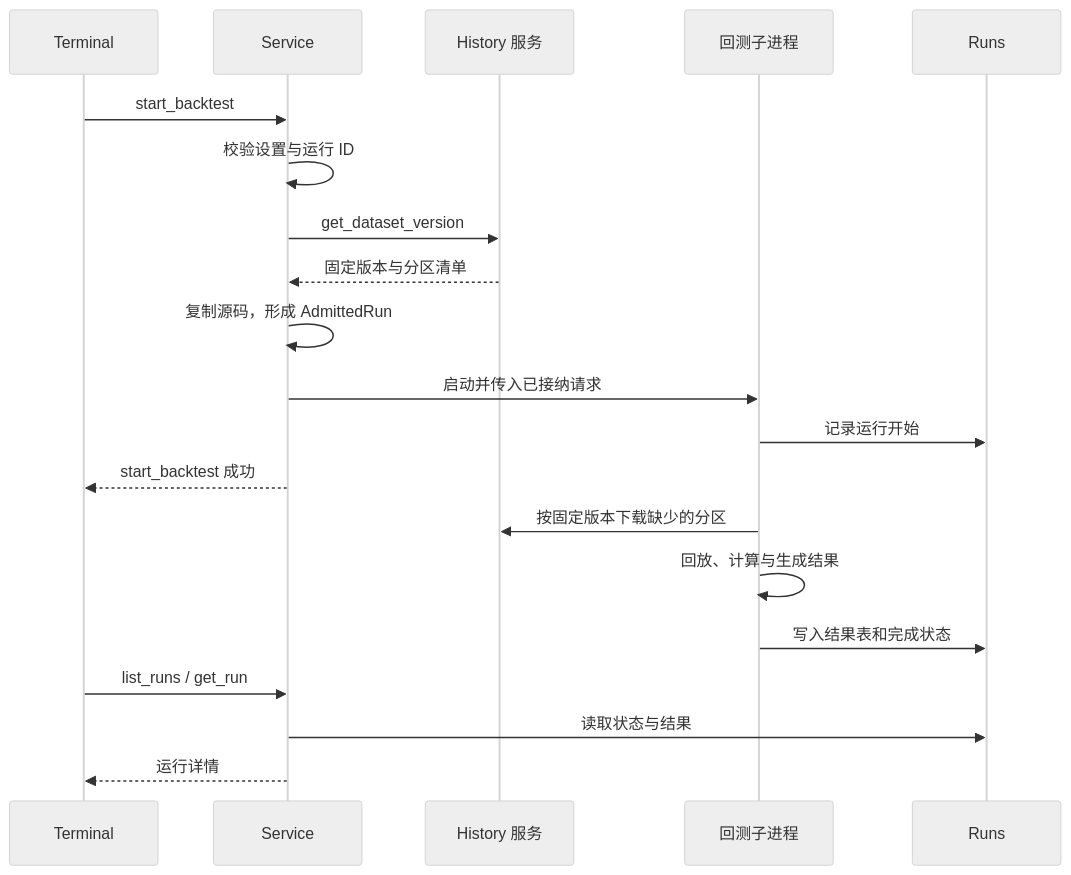
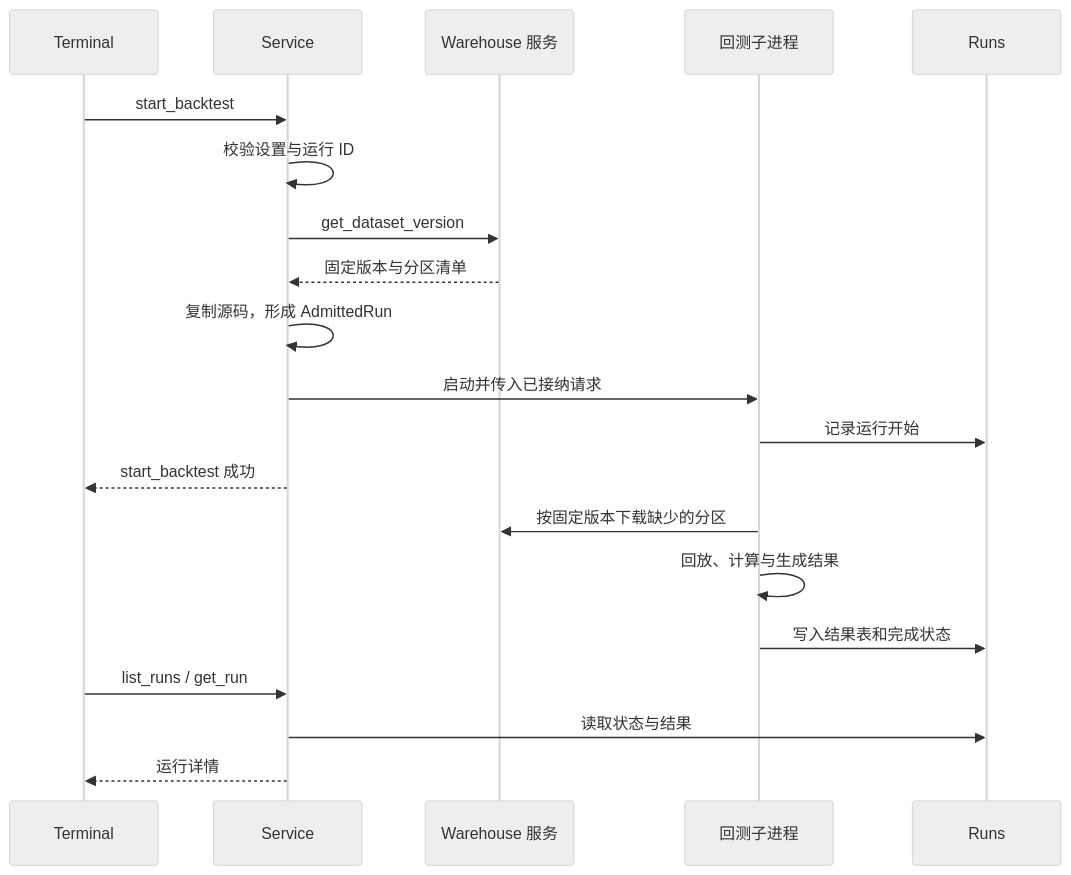
Before and after one commit to isqiwen/asterion-terminal: the third of 3 diagrams in docs/lab/architecture.md, drawn with Mermaid (neutral theme). The commit also changed other lines of this file and 329 other files, not shown here.

````diff
--- a/docs/lab/architecture.md
+++ b/docs/lab/architecture.md
@@ -77,22 +77,22 @@
 ```mermaid
 sequenceDiagram
     participant UI as Terminal
     participant Service
-    participant History as History 服务
+    participant Warehouse as Warehouse 服务
     participant Child as 回测子进程
     participant Runs
     UI->>Service: start_backtest
     Service->>Service: 校验设置与运行 ID
-    Service->>History: get_dataset_version
-    History-->>Service: 固定版本与分区清单
+    Service->>Warehouse: get_dataset_version
+    Warehouse-->>Service: 固定版本与分区清单
     Service->>Service: 复制源码，形成 AdmittedRun
     Service->>Child: 启动并传入已接纳请求
     Child->>Runs: 记录运行开始
     Service-->>UI: start_backtest 成功
-    Child->>History: 按固定版本下载缺少的分区
+    Child->>Warehouse: 按固定版本下载缺少的分区
     Child->>Child: 回放、计算与生成结果
     Child->>Runs: 写入结果表和完成状态
     UI->>Service: list_runs / get_run
     Service->>Runs: 读取状态与结果
     Service-->>UI: 运行详情
 ```
````
